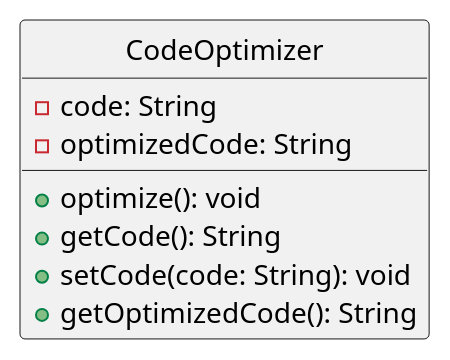
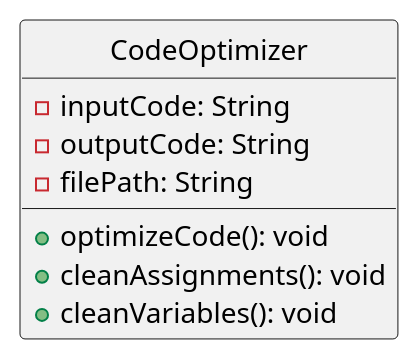
One commit to manugcr/Compiladores changed the diagram in proyectobase/UML/codeOptimizer.puml. Above: the diagram before and after it, drawn with PlantUML. The commit also changed 8 other files, not shown here.

```diff
--- a/proyectobase/UML/codeOptimizer.puml
+++ b/proyectobase/UML/codeOptimizer.puml
@@ -1,14 +1,14 @@
 @startuml CodeOptimizer
 
 hide circle
 
 class CodeOptimizer {
-    - code: String
-    - optimizedCode: String
-    + optimize(): void
-    + getCode(): String
-    + setCode(code: String): void
-    + getOptimizedCode(): String
+    - inputCode: String
+    - outputCode: String
+    - filePath: String
+    + optimizeCode(): void
+    + cleanAssignments(): void
+    + cleanVariables(): void
 }
 
 @enduml
```
